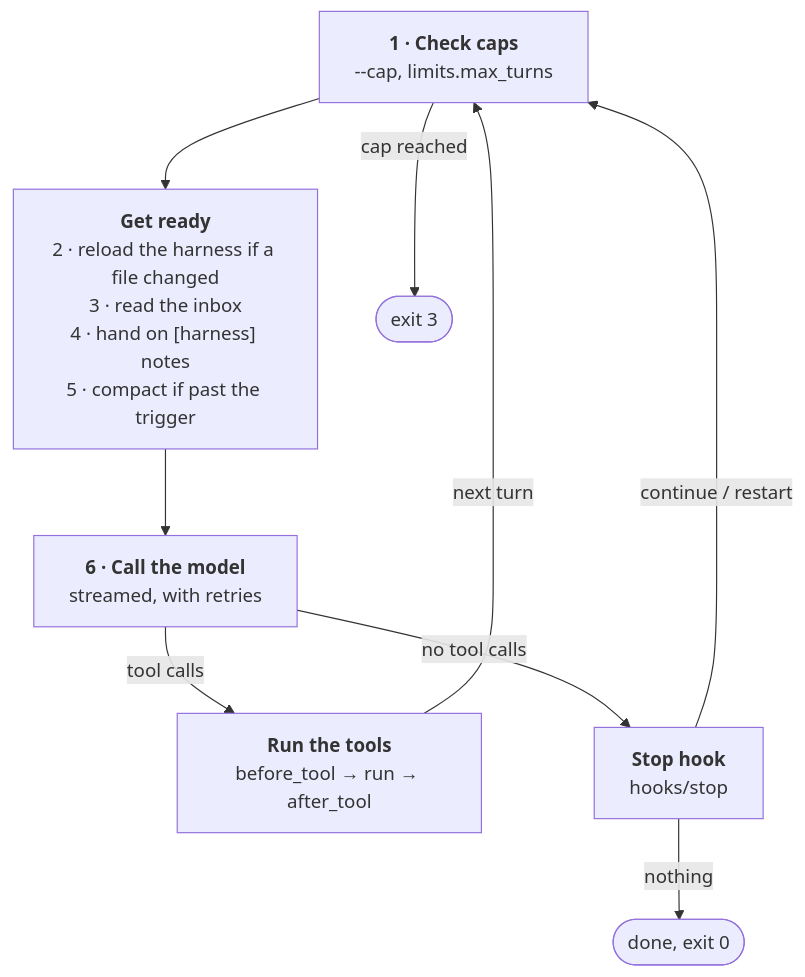
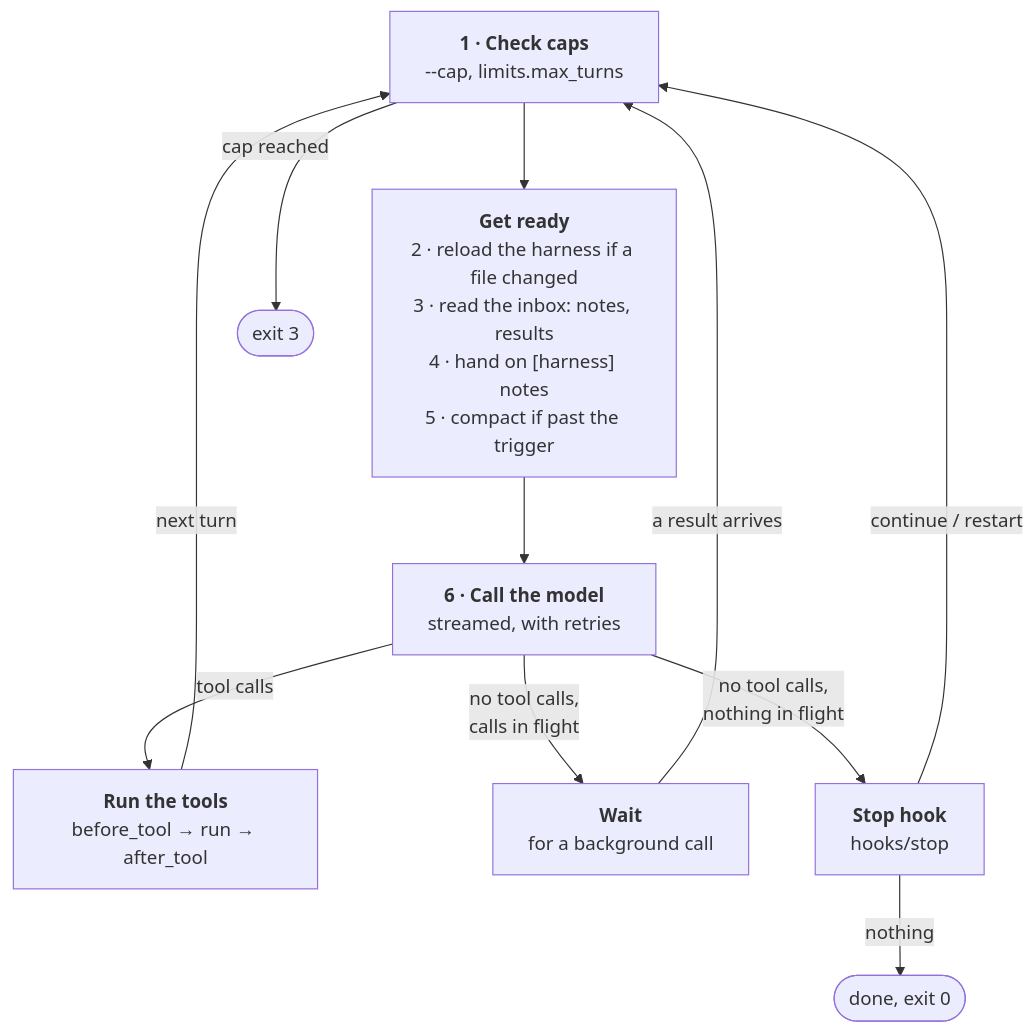
The diagram in docs/concepts.md (woodfordbl/arx), drawn with Mermaid before and after one commit. The commit also changed other lines of this file and 34 other files, not shown here.

First line of the commit message:
Add calls that don't block, and the background plugin (#15)

````diff
--- a/docs/concepts.md
+++ b/docs/concepts.md
@@ -45,19 +45,22 @@
 ```mermaid
 flowchart TD
   accTitle: The turn loop
   caps["<b>1 · Check caps</b><br>--cap, limits.max_turns"]
-  ready["<b>Get ready</b><br>2 · reload the harness if a file changed<br>3 · read the inbox<br>4 · hand on [harness] notes<br>5 · compact if past the trigger"]
+  ready["<b>Get ready</b><br>2 · reload the harness if a file changed<br>3 · read the inbox: notes, results<br>4 · hand on [harness] notes<br>5 · compact if past the trigger"]
   model["<b>6 · Call the model</b><br>streamed, with retries"]
   tools["<b>Run the tools</b><br>before_tool → run → after_tool"]
+  wait["<b>Wait</b><br>for a background call"]
   stop["<b>Stop hook</b><br>hooks/stop"]
   exit3(["exit 3"])
   done(["done, exit 0"])
   caps -->|cap reached| exit3
   caps --> ready --> model
   model -->|tool calls| tools
-  model -->|no tool calls| stop
+  model -->|no tool calls,<br>nothing in flight| stop
+  model -->|no tool calls,<br>calls in flight| wait
+  wait -->|a result arrives| caps
   tools -->|next turn| caps
   stop -->|continue / restart| caps
   stop -->|nothing| done
   class model focus
 ```
````
